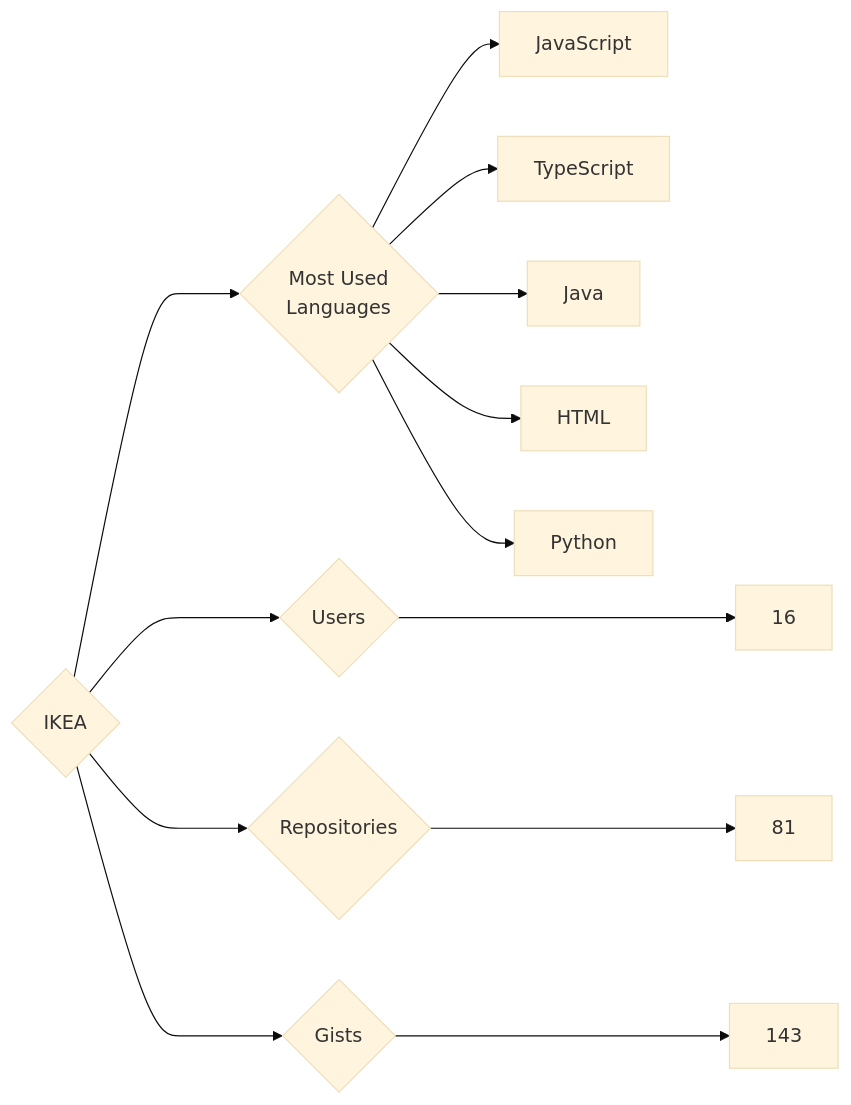
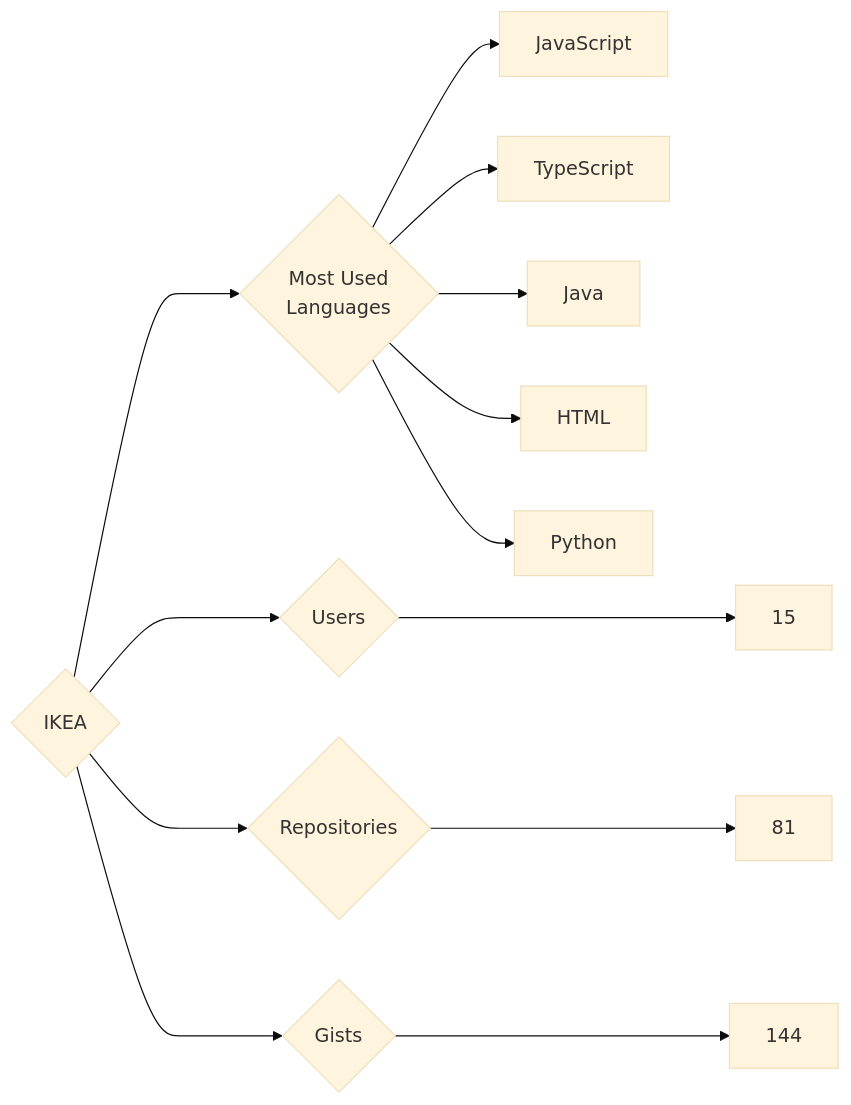
Before and after one commit to trickest/insiders: the diagram in targets/IKEA/README.md, drawn with Mermaid (base theme). The commit also changed 894 other files, not shown here.

````diff
--- a/targets/IKEA/README.md
+++ b/targets/IKEA/README.md
@@ -3,13 +3,13 @@
 ```mermaid
 graph LR
 COMPANY_NAME{IKEA}
-COMPANY_NAME ---> U{Users} ---> UN[16]
+COMPANY_NAME ---> U{Users} ---> UN[15]
 COMPANY_NAME ---> R{Repositories} ---> RN[81]
-COMPANY_NAME ---> G{Gists} ---> GN[143]
+COMPANY_NAME ---> G{Gists} ---> GN[144]
 COMPANY_NAME ---> ML{Most Used<br>Languages}
 ML --> JavaScript[JavaScript]
 ML --> TypeScript[TypeScript]
 ML --> Java[Java]
 ML --> HTML[HTML]
 ML --> Python[Python]
 ```
````
